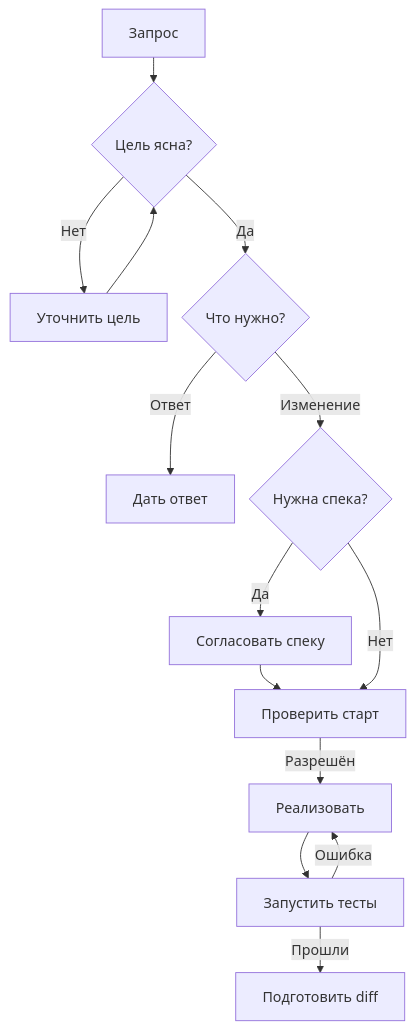
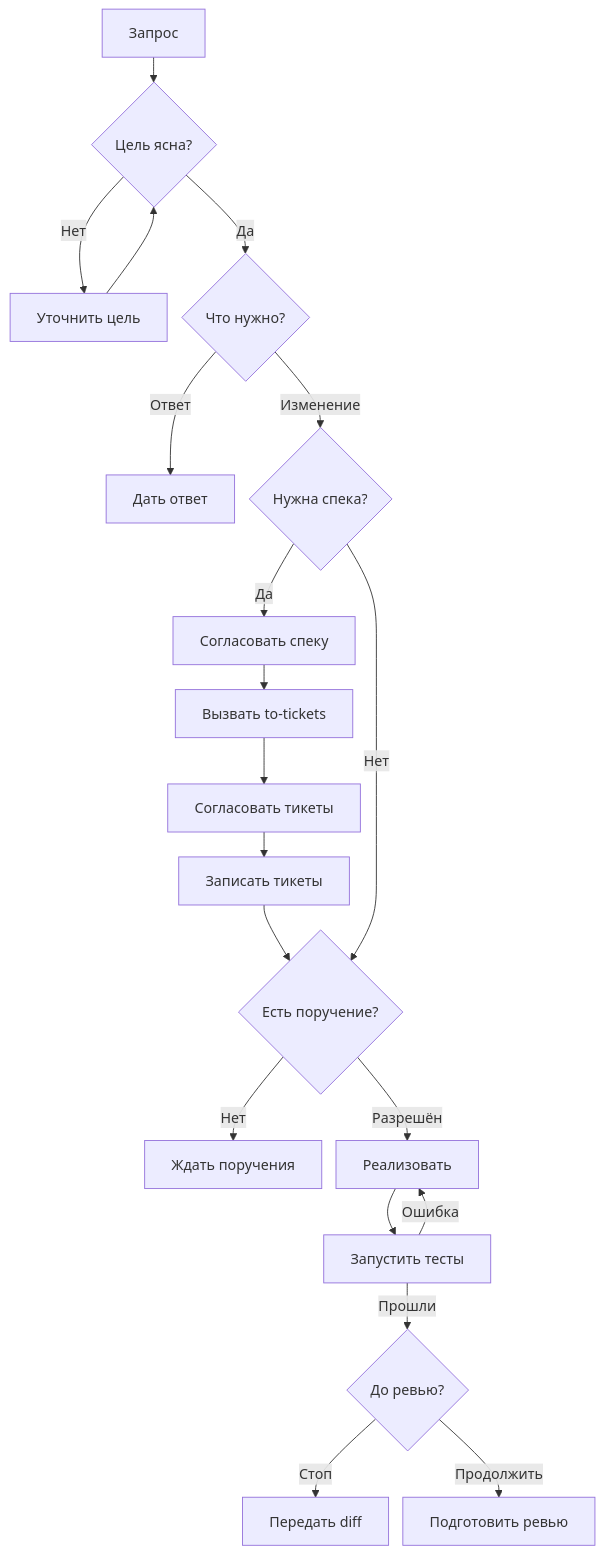
One commit to KirillSachkov/agent-kit changed the first of 2 diagrams in templates/project/WORKFLOW.md. Above: the diagram before and after it, drawn with Mermaid. The commit also changed other lines of this file and 9 other files, not shown here.

````diff
--- a/templates/project/WORKFLOW.md
+++ b/templates/project/WORKFLOW.md
@@ -9,23 +17,29 @@
 ```mermaid
 ---
 config:
   flowchart:
     useMaxWidth: false
     nodeSpacing: 16
     rankSpacing: 28
 ---
 flowchart TD
     A["Запрос"] --> B{"Цель ясна?"}
     B -->|Нет| C["Уточнить цель"]
     C --> B
     B -->|Да| D{"Что нужно?"}
     D -->|Ответ| E["Дать ответ"]
     D -->|Изменение| F{"Нужна спека?"}
     F -->|Да| G["Согласовать спеку"]
-    G --> H["Проверить старт"]
+    G --> Q["Вызвать to-tickets"]
+    Q --> N["Согласовать тикеты"]
+    N --> P["Записать тикеты"]
+    P --> H{"Есть поручение?"}
+    H -->|Нет| W["Ждать поручения"]
     F -->|Нет| H
     H -->|Разрешён| I["Реализовать"]
     I --> J["Запустить тесты"]
     J -->|Ошибка| I
-    J -->|Прошли| K["Подготовить diff"]
+    J -->|Прошли| K{"До ревью?"}
+    K -->|Стоп| X["Передать diff"]
+    K -->|Продолжить| R["Подготовить ревью"]
 ```
````
